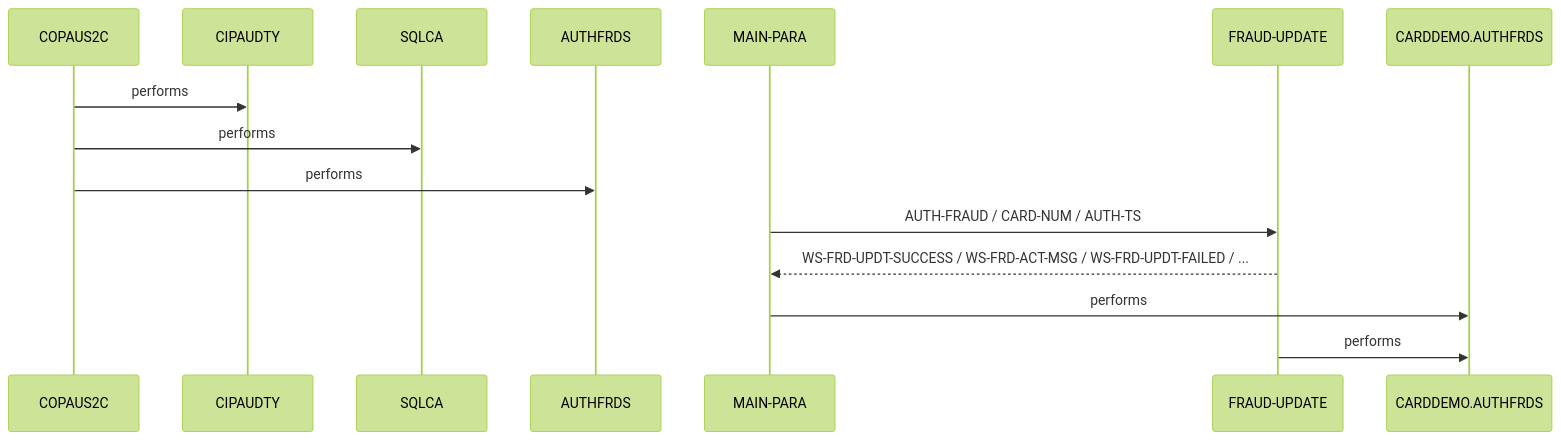
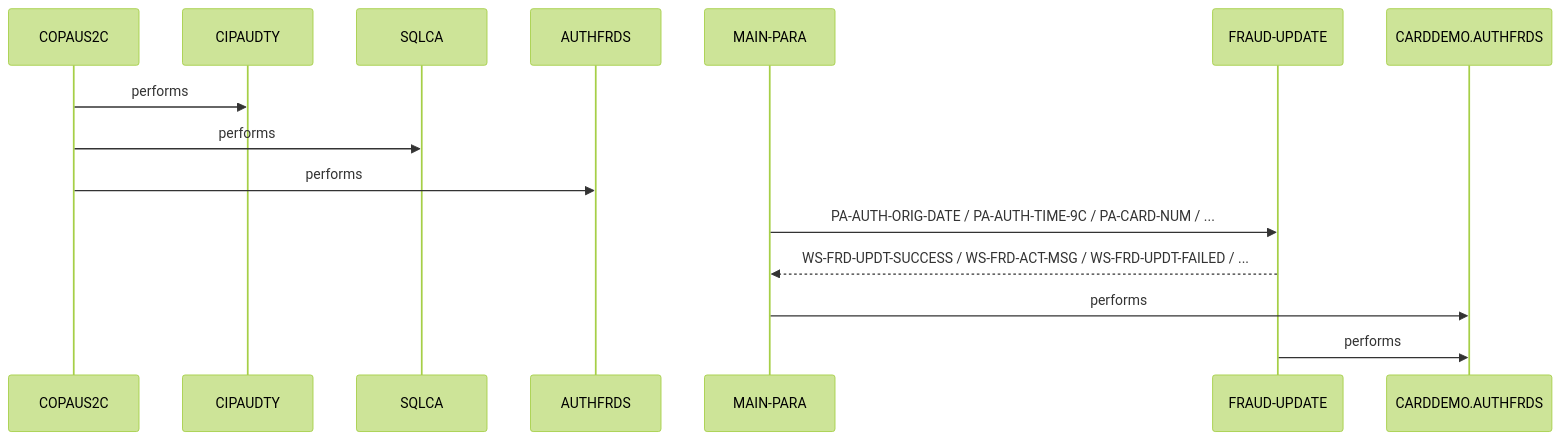
Before and after one commit to andrasfe/war_rig: the second of 2 diagrams in example_output/cbl/COPAUS2C.cbl.md, drawn with Mermaid (forest theme). The commit also changed other lines of this file and 189 other files, not shown here.

````diff
--- a/example_output/cbl/COPAUS2C.cbl.md
+++ b/example_output/cbl/COPAUS2C.cbl.md
@@ -155,17 +180,17 @@
 ```mermaid
 sequenceDiagram
     participant COPAUS2C as COPAUS2C
     participant CIPAUDTY as CIPAUDTY
     participant SQLCA as SQLCA
     participant AUTHFRDS as AUTHFRDS
     participant MAIN_PARA as MAIN-PARA
     participant FRAUD_UPDATE as FRAUD-UPDATE
     participant CARDDEMO_AUTHFRDS as CARDDEMO.AUTHFRDS
     COPAUS2C->>CIPAUDTY: performs
     COPAUS2C->>SQLCA: performs
     COPAUS2C->>AUTHFRDS: performs
-    MAIN_PARA->>FRAUD_UPDATE: AUTH-FRAUD / CARD-NUM / AUTH-TS
+    MAIN_PARA->>FRAUD_UPDATE: PA-AUTH-ORIG-DATE / PA-AUTH-TIME-9C / PA-CARD-NUM / ...
     FRAUD_UPDATE-->>MAIN_PARA: WS-FRD-UPDT-SUCCESS / WS-FRD-ACT-MSG / WS-FRD-UPDT-FAILED / ...
     MAIN_PARA->>CARDDEMO_AUTHFRDS: performs
     FRAUD_UPDATE->>CARDDEMO_AUTHFRDS: performs
 ```
````
